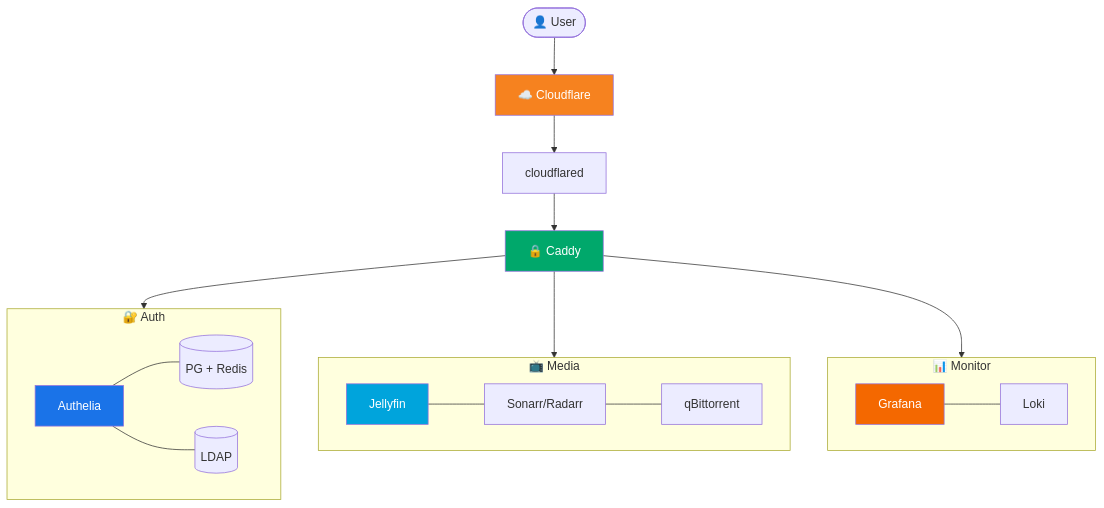
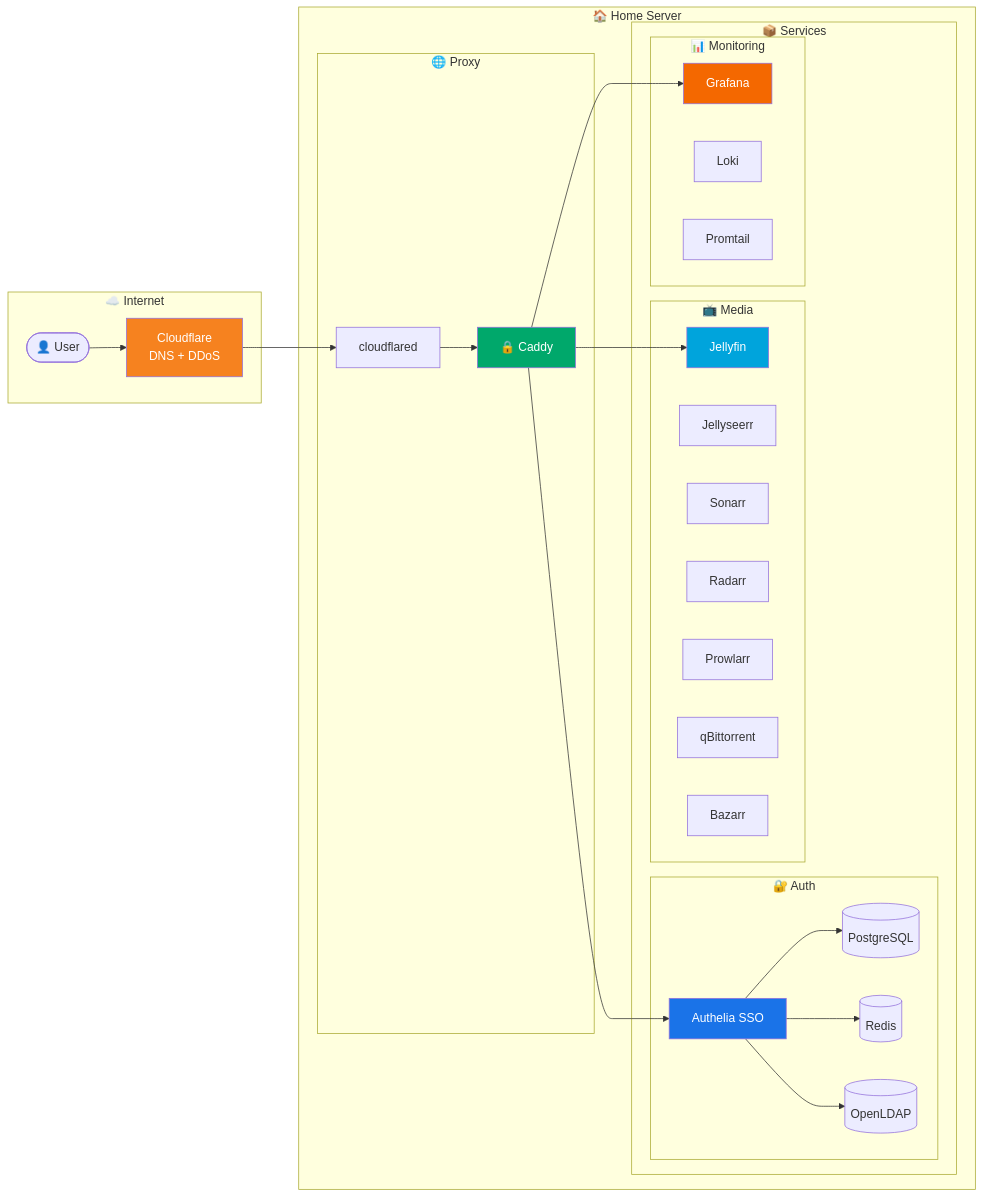
Before and after one commit to Mykyta-Home-Server/homeserver: the first of 4 diagrams in docs-site/src/content/docs/guides/introduction.mdx, drawn with Mermaid. The commit also changed other lines of this file and 1 other file, not shown here.

First line of the commit message:
Fix modal styling, restore detailed diagrams, shrink sidebar

````diff
--- a/docs-site/src/content/docs/guides/introduction.mdx
+++ b/docs-site/src/content/docs/guides/introduction.mdx
@@ -14,33 +14,49 @@
 ```mermaid
-flowchart TB
-    User([👤 User]) --> CF[☁️ Cloudflare]
-    CF --> CFD[cloudflared]
-    CFD --> Caddy[🔒 Caddy]
-
-    Caddy --> Auth & Media & Mon
-
-    subgraph Auth["🔐 Auth"]
-        Authelia[Authelia]
-        Authelia --- DB[(PG + Redis)]
-        Authelia --- LDAP[(LDAP)]
+flowchart LR
+    subgraph Internet["☁️ Internet"]
+        User([👤 User])
+        CF[Cloudflare<br/>DNS + DDoS]
     end
 
-    subgraph Media["📺 Media"]
-        JF[Jellyfin]
-        Arr[Sonarr/Radarr]
-        QB[qBittorrent]
-        JF --- Arr --- QB
+    subgraph Server["🏠 Home Server"]
+        subgraph Proxy["🌐 Proxy"]
+            CFD[cloudflared]
+            Caddy[🔒 Caddy]
+        end
+
+        subgraph Services["📦 Services"]
+            subgraph Auth["🔐 Auth"]
+                Authelia[Authelia SSO]
+                PG[(PostgreSQL)]
+                Redis[(Redis)]
+                LDAP[(OpenLDAP)]
+            end
+
+            subgraph Media["📺 Media"]
+                JF[Jellyfin]
+                JS[Jellyseerr]
+                Sonarr[Sonarr]
+                Radarr[Radarr]
+                Prowlarr[Prowlarr]
+                QB[qBittorrent]
+                Bazarr[Bazarr]
+            end
+
+            subgraph Mon["📊 Monitoring"]
+                Grafana[Grafana]
+                Loki[Loki]
+                Promtail[Promtail]
+            end
+        end
     end
 
-    subgraph Mon["📊 Monitor"]
-        Grafana[Grafana]
-        Loki[Loki]
-        Grafana --- Loki
-    end
+    User --> CF --> CFD --> Caddy
+    Caddy --> Authelia & JF & Grafana
+    Authelia --> PG & Redis & LDAP
 
     style CF fill:#f6821f,color:#fff
     style Caddy fill:#00a86b,color:#fff
     style Authelia fill:#1a73e8,color:#fff
     style JF fill:#00a4dc,color:#fff
     style Grafana fill:#f46800,color:#fff
 ```
````
